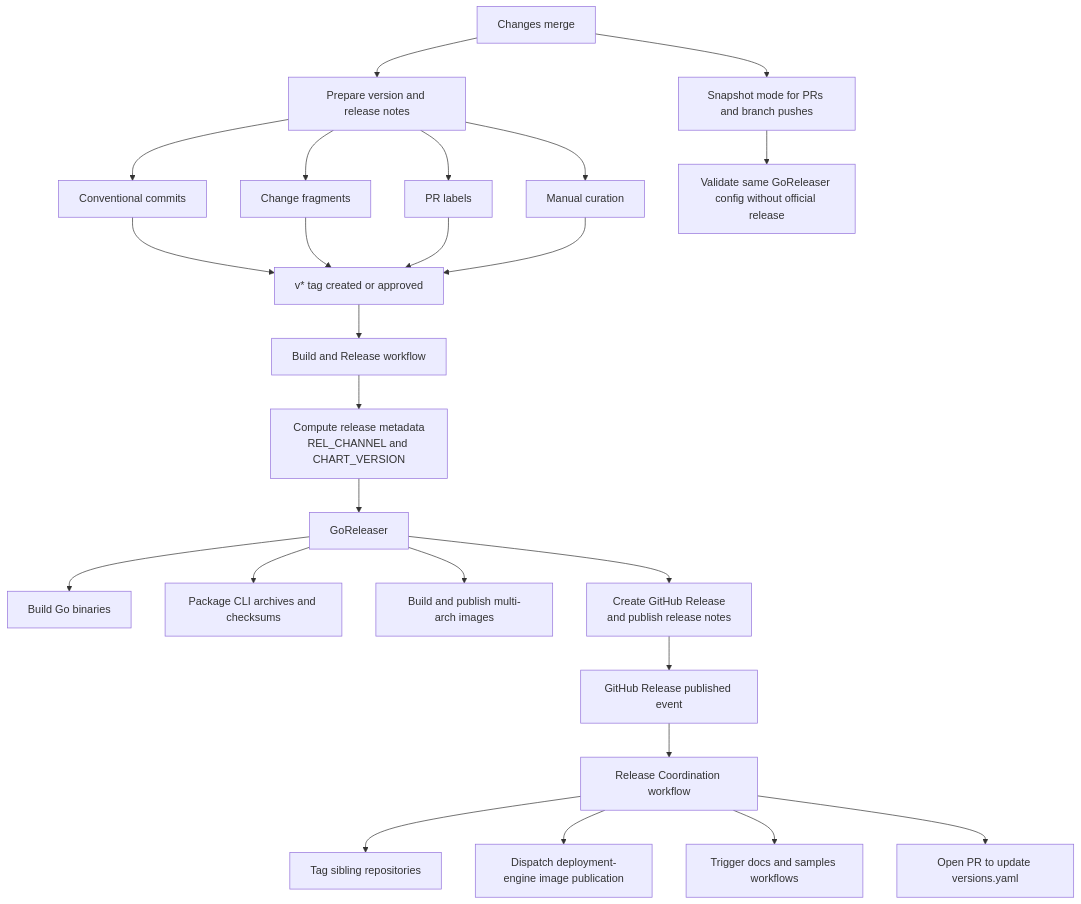
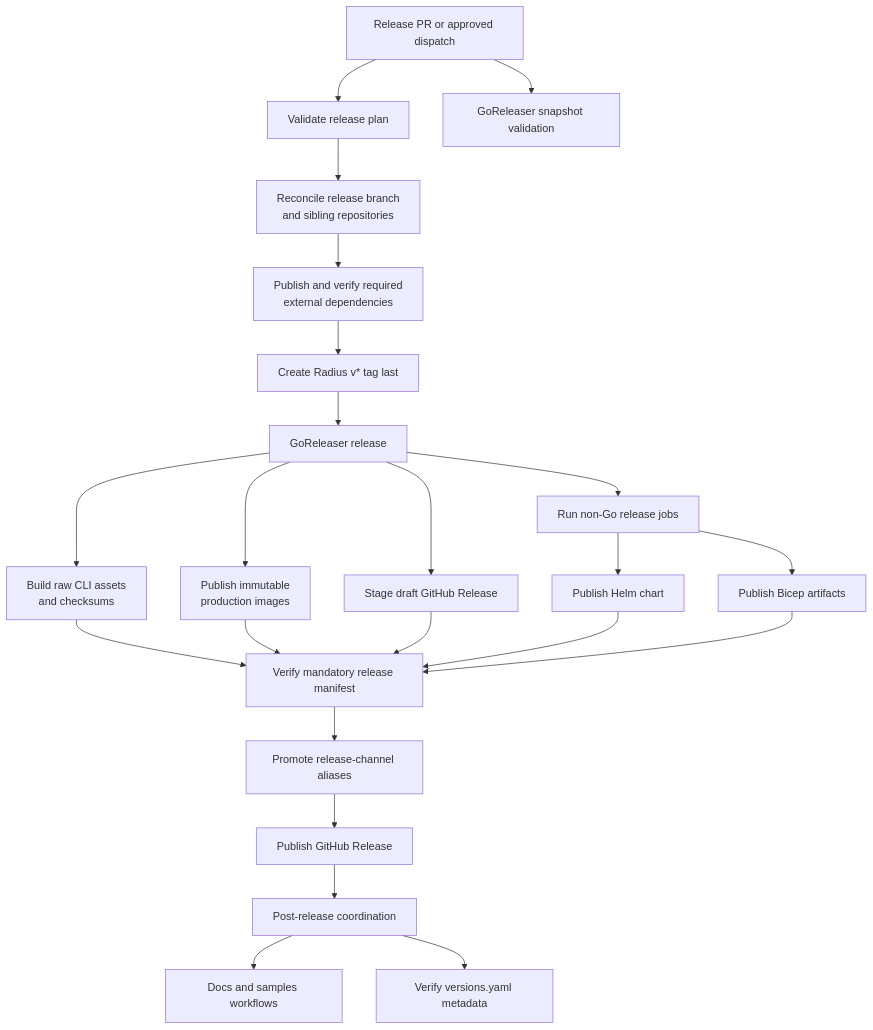
The diagram in eng/design-notes/tools/2026-03-goreleaser-release-lifecycle.md (radius-project/radius), drawn with Mermaid before and after one commit. The commit also changed other lines of this file, not shown here.

````diff
--- a/eng/design-notes/tools/2026-03-goreleaser-release-lifecycle.md
+++ b/eng/design-notes/tools/2026-03-goreleaser-release-lifecycle.md
@@ -117,33 +121,30 @@
 ```mermaid
 flowchart TD
-    A[Changes merge] --> V[Prepare version and release notes]
-    V --> V1[Conventional commits]
-    V --> V2[Change fragments]
-    V --> V3[PR labels]
-    V --> V4[Manual curation]
+    A[Release PR or approved dispatch] --> P[Validate release plan]
+    P --> S[Reconcile release branch\nand sibling repositories]
+    S --> X[Publish and verify required\nexternal dependencies]
+    X --> T[Create Radius v* tag last]
 
-    V1 --> T[v* tag created or approved]
-    V2 --> T
-    V3 --> T
-    V4 --> T
+    T --> G[GoReleaser release]
+    G --> G1[Build raw CLI assets\nand checksums]
+    G --> G2[Publish immutable\nproduction images]
+    G --> G3[Stage draft GitHub Release]
 
-    T --> B[Build and Release workflow]
-    B --> C[Compute release metadata\nREL_CHANNEL and CHART_VERSION]
-    C --> D[GoReleaser]
+    G --> N[Run non-Go release jobs]
+    N --> N1[Publish Helm chart]
+    N --> N2[Publish Bicep artifacts]
 
-    D --> D1[Build Go binaries]
-    D --> D2[Package CLI archives and checksums]
-    D --> D3[Build and publish multi-arch images]
-    D --> D4[Create GitHub Release\nand publish release notes]
+    G1 --> V[Verify mandatory release manifest]
+    G2 --> V
+    G3 --> V
+    N1 --> V
+    N2 --> V
 
-    D4 --> E[GitHub Release published event]
-    E --> F[Release Coordination workflow]
+    V --> C[Promote release-channel aliases]
+    C --> R[Publish GitHub Release]
+    R --> O[Post-release coordination]
+    O --> O1[Docs and samples workflows]
+    O --> O2[Verify versions.yaml metadata]
 
-    F --> F1[Tag sibling repositories]
-    F --> F2[Dispatch deployment-engine image publication]
-    F --> F3[Trigger docs and samples workflows]
-    F --> F4[Open PR to update versions.yaml]
-
-    A --> G[Snapshot mode for PRs and branch pushes]
-    G --> G1[Validate same GoReleaser config without official release]
+    A --> Q[GoReleaser snapshot validation]
 ```
````
